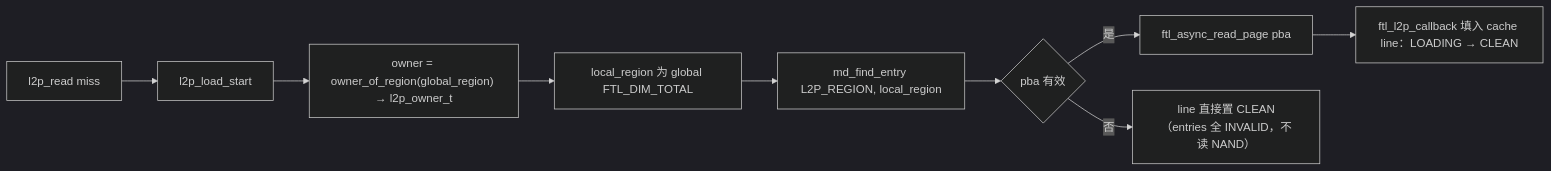
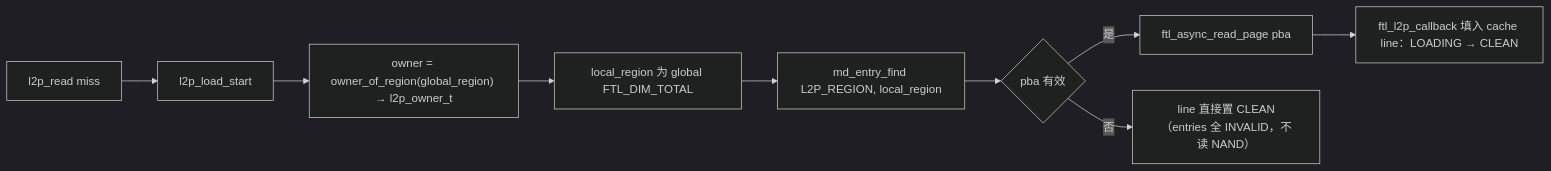
Before and after one commit to YzYMIAO/BASESSD: the tenth of 32 diagrams in docs/design/ftl_design.md, drawn with Mermaid (dark theme). The commit also changed other lines of this file and 13 other files, not shown here.

````diff
--- a/docs/design/ftl_design.md
+++ b/docs/design/ftl_design.md
@@ -1855,11 +1855,11 @@
 ```mermaid
 flowchart LR
     A["l2p_read miss"] --> B["l2p_load_start"]
     B --> C["owner = owner_of_region(global_region) → l2p_owner_t"]
     C --> D["local_region 为 global FTL_DIM_TOTAL"]
-    D --> E["md_find_entry L2P_REGION, local_region"]
+    D --> E["md_entry_find L2P_REGION, local_region"]
     E --> F{"pba 有效"}
     F -- "是" --> G["ftl_async_read_page pba"]
     G --> I["ftl_l2p_callback 填入 cache line：LOADING → CLEAN"]
     F -- "否" --> H["line 直接置 CLEAN（entries 全 INVALID，不读 NAND）"]
 ```
````
